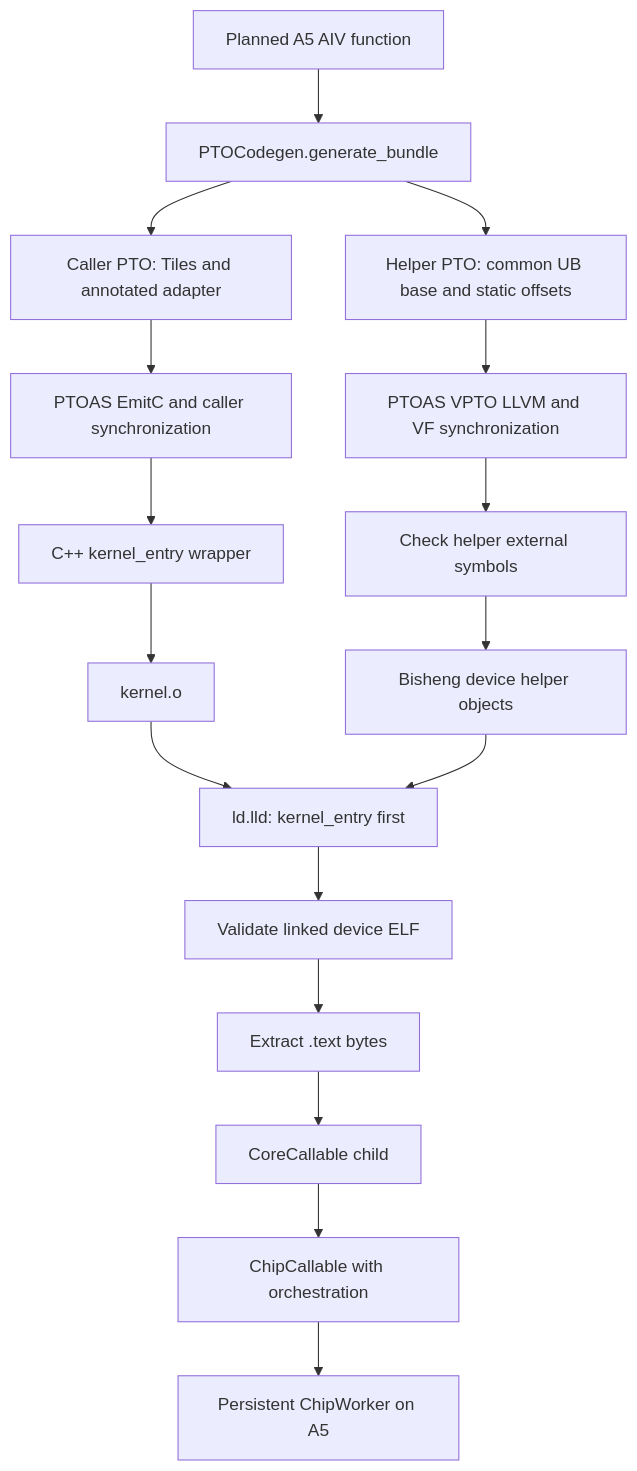
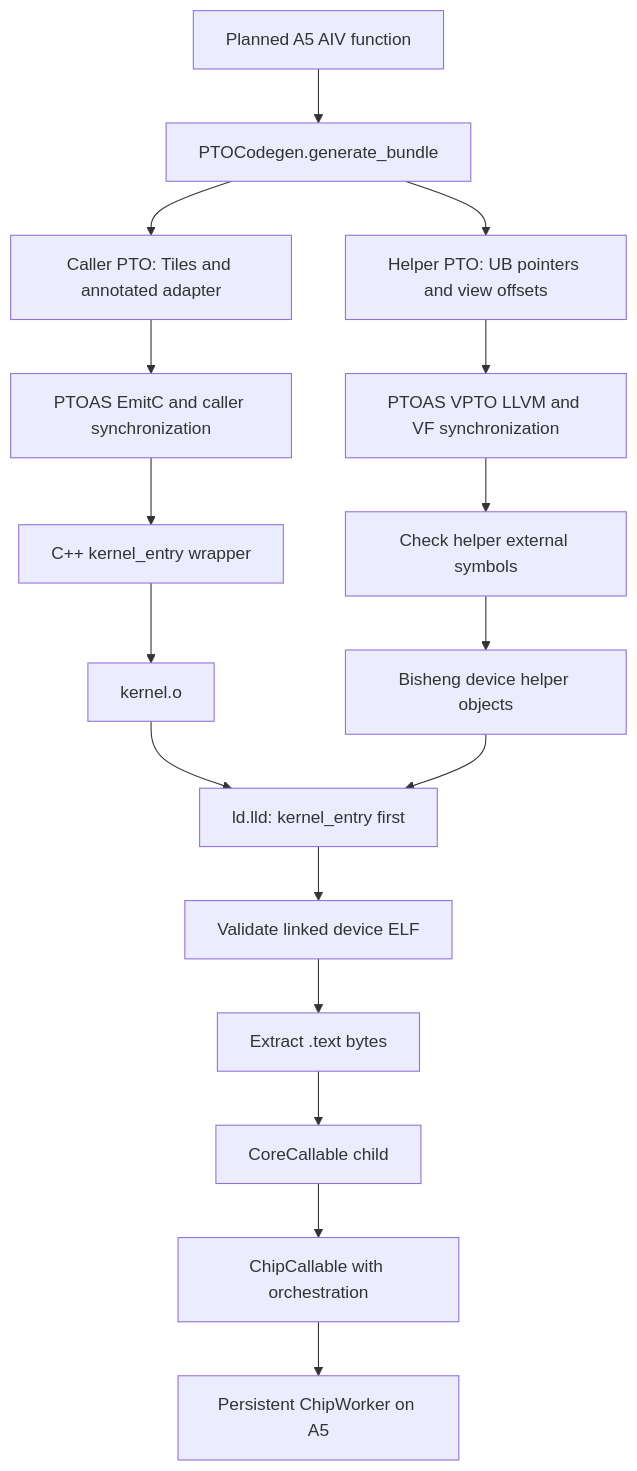
The diagram in docs/en/dev/codegen/03-vpto-vf-integration.md (hw-native-sys/pypto), drawn with Mermaid before and after one commit. The commit also changed other lines of this file and 17 other files, not shown here.

````diff
--- a/docs/en/dev/codegen/03-vpto-vf-integration.md
+++ b/docs/en/dev/codegen/03-vpto-vf-integration.md
@@ -15,19 +15,19 @@
 ```mermaid
 flowchart TD
   IR[Planned A5 AIV function] --> Bundle[PTOCodegen.generate_bundle]
   Bundle --> Caller[Caller PTO: Tiles and annotated adapter]
-  Bundle --> Helper[Helper PTO: common UB base and static offsets]
+  Bundle --> Helper[Helper PTO: UB pointers and view offsets]
   Caller --> EmitC[PTOAS EmitC and caller synchronization]
   EmitC --> Wrapper[C++ kernel_entry wrapper]
   Wrapper --> CallerObj[kernel.o]
   Helper --> LLVM[PTOAS VPTO LLVM and VF synchronization]
   LLVM --> Symbols[Check helper external symbols]
   Symbols --> HelperObj[Bisheng device helper objects]
   CallerObj --> Link[ld.lld: kernel_entry first]
   HelperObj --> Link
   Link --> ELF[Validate linked device ELF]
   ELF --> Text[Extract .text bytes]
   Text --> Core[CoreCallable child]
   Core --> Chip[ChipCallable with orchestration]
   Chip --> Worker[Persistent ChipWorker on A5]
 ```
````
